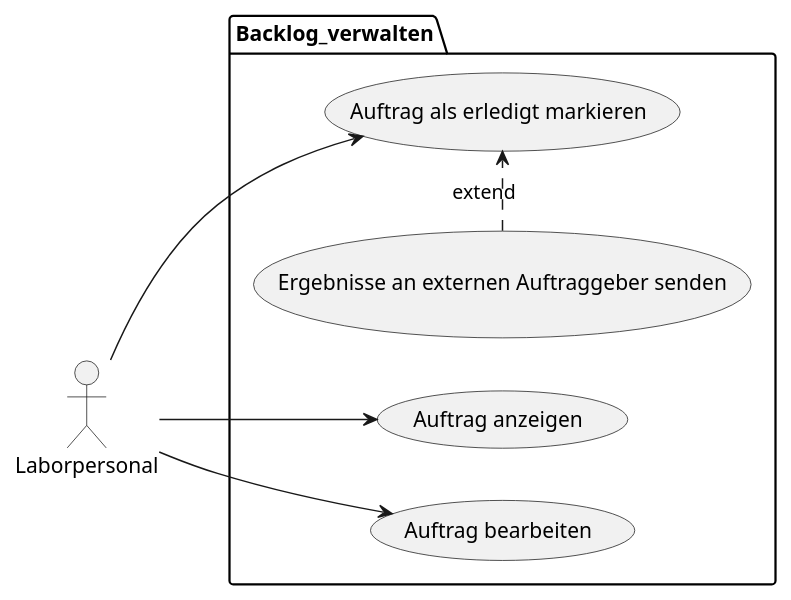
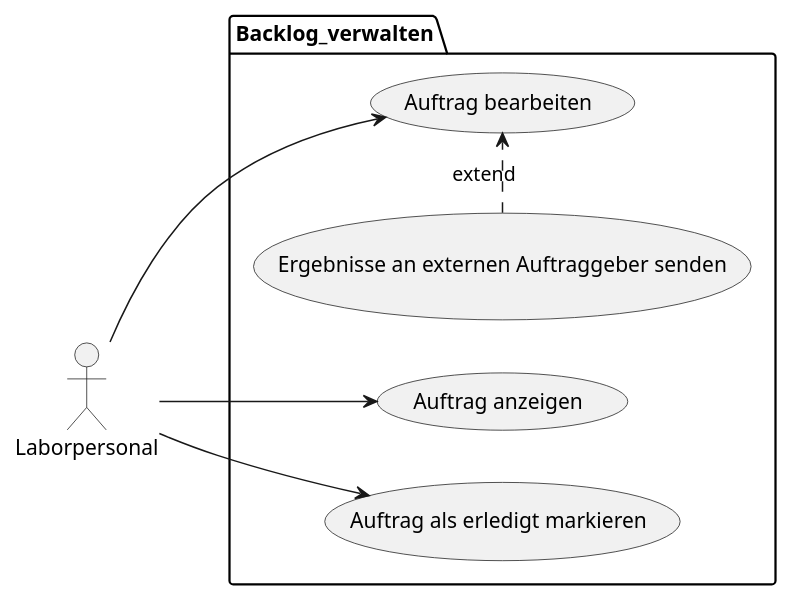
One commit to helenlaible/ss23-kba-project changed the fifth of 6 diagrams in docs/2_planning/2_system_use_cases.md. Above: the diagram before and after it, drawn with PlantUML. The commit also changed other lines of this file, not shown here.

````diff
--- a/docs/2_planning/2_system_use_cases.md
+++ b/docs/2_planning/2_system_use_cases.md
@@ -112,18 +112,18 @@
 ```plantuml SUC Backlog verwalten
 @startuml
 left to right direction
 actor Laborpersonal as lb
 package Backlog_verwalten {
   usecase "Auftrag anzeigen" as UC1
   usecase "Auftrag bearbeiten" as UC2
   usecase "Auftrag als erledigt markieren"as UC3
   usecase "Ergebnisse an externen Auftraggeber senden" as UC4
 }
 
 lb --> UC1
 lb --> UC2
 lb --> UC3
 
-(UC4) .> (UC3) : extend
+(UC4) .> (UC2) : extend
 @enduml
 ```
````
